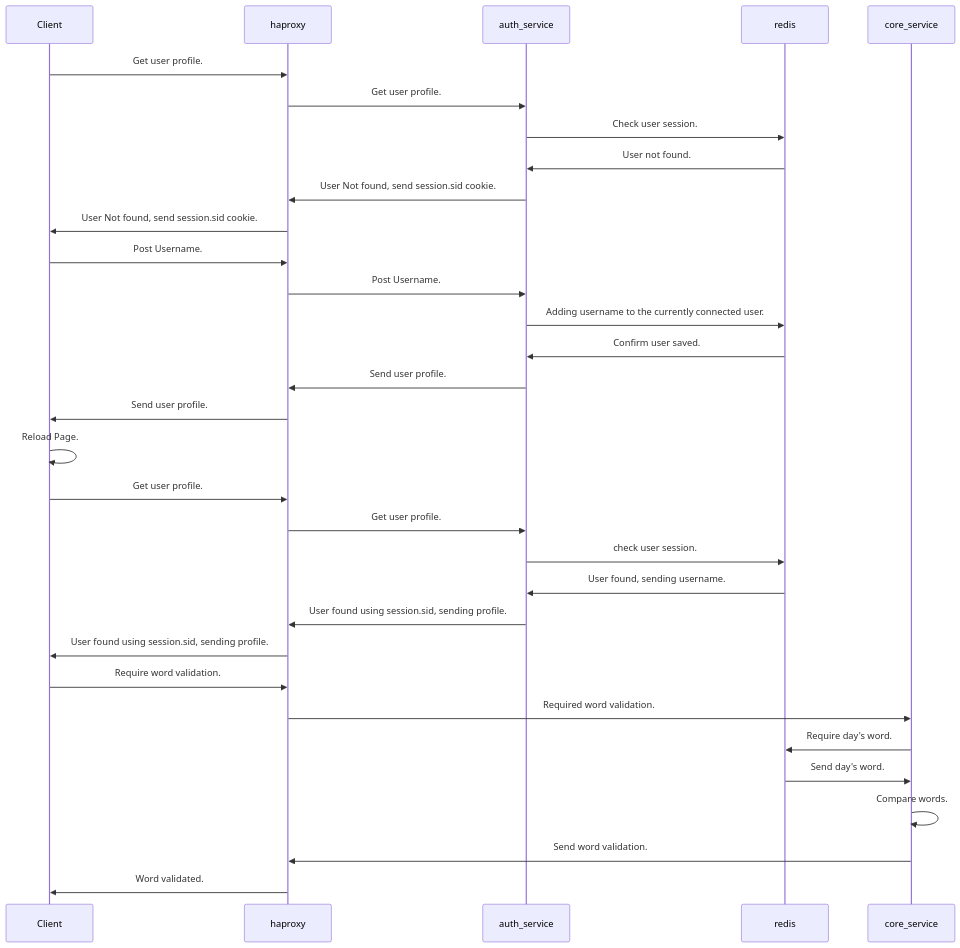
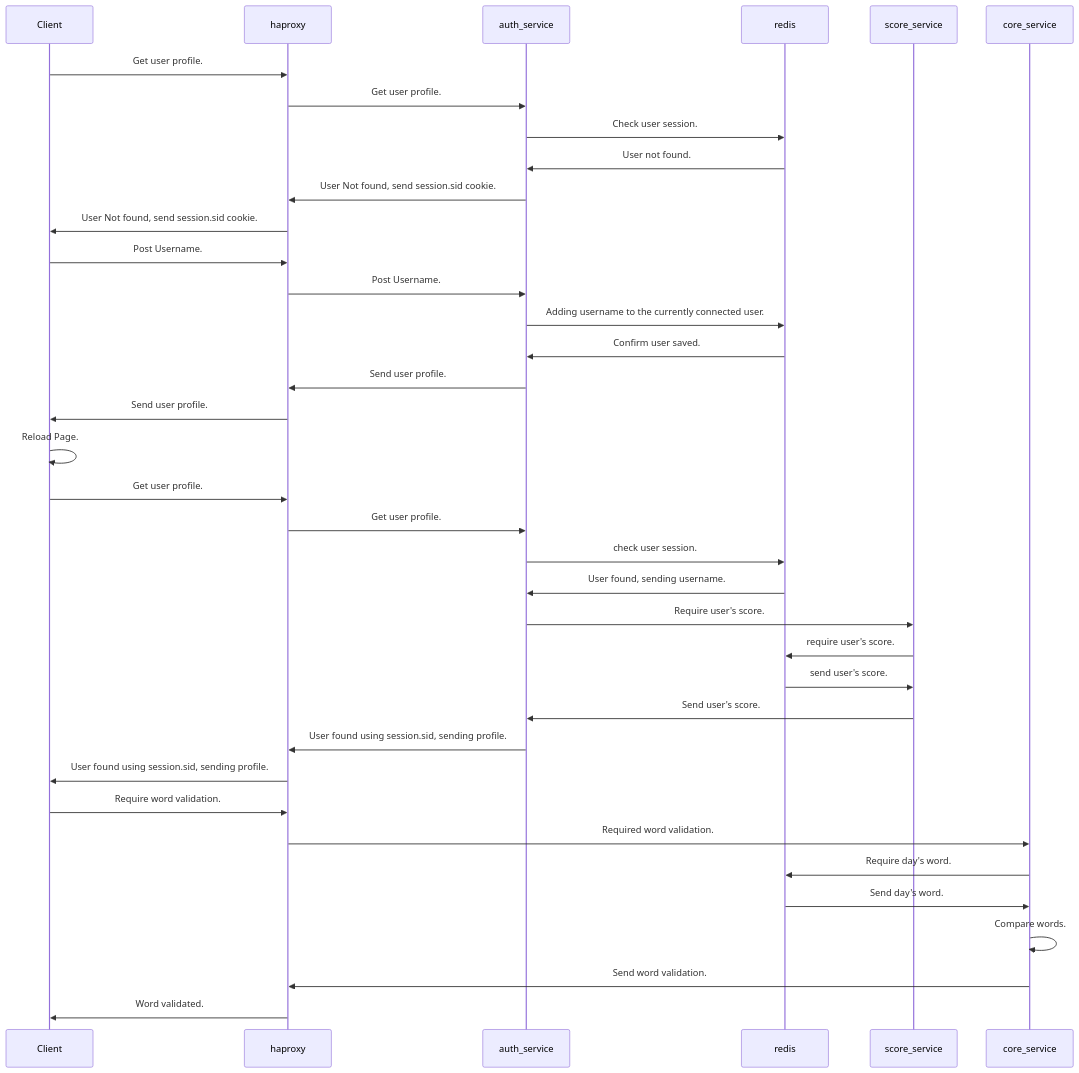
Before and after one commit to rossman-x/cy-ms: the diagram in README.md, drawn with Mermaid.

````diff
--- a/README.md
+++ b/README.md
@@ -1,29 +1,33 @@
 ```mermaid
 sequenceDiagram
     Client->>haproxy: Get user profile.
     haproxy->>auth_service: Get user profile.
     auth_service->>redis: Check user session.
     redis->>auth_service: User not found.
     auth_service->>haproxy: User Not found, send session.sid cookie.
     haproxy->>Client: User Not found, send session.sid cookie.
     Client->>haproxy: Post Username.
     haproxy->>auth_service: Post Username.
     auth_service->>redis: Adding username to the currently connected user.
     redis->>auth_service: Confirm user saved.
     auth_service->>haproxy:  Send user profile.
     haproxy->>Client: Send user profile.
     Client->>Client: Reload Page.
     Client->>haproxy: Get user profile.
     haproxy->>auth_service: Get user profile.
     auth_service->>redis: check user session.
     redis->>auth_service: User found, sending username.
+    auth_service->>score_service: Require user's score.
+    score_service->>redis: require user's score.
+    redis->>score_service: send user's score.
+    score_service->>auth_service: Send user's score.
     auth_service->>haproxy: User found using session.sid, sending profile.
     haproxy->>Client: User found using session.sid, sending profile.
     Client->>haproxy: Require word validation.
     haproxy->>core_service: Required word validation.
     core_service->>redis: Require day's word.
     redis->>core_service: Send day's word.
     core_service->>core_service: Compare words.
     core_service->>haproxy: Send word validation.
     haproxy->>Client: Word validated.
 ```
````
